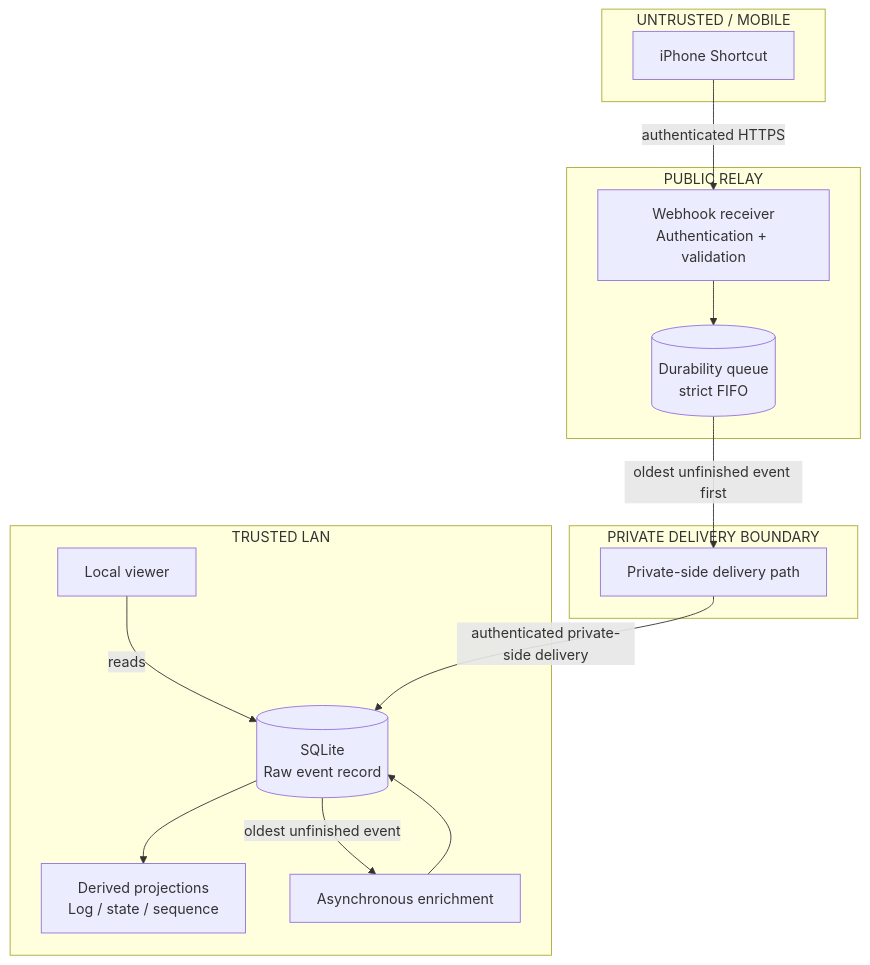
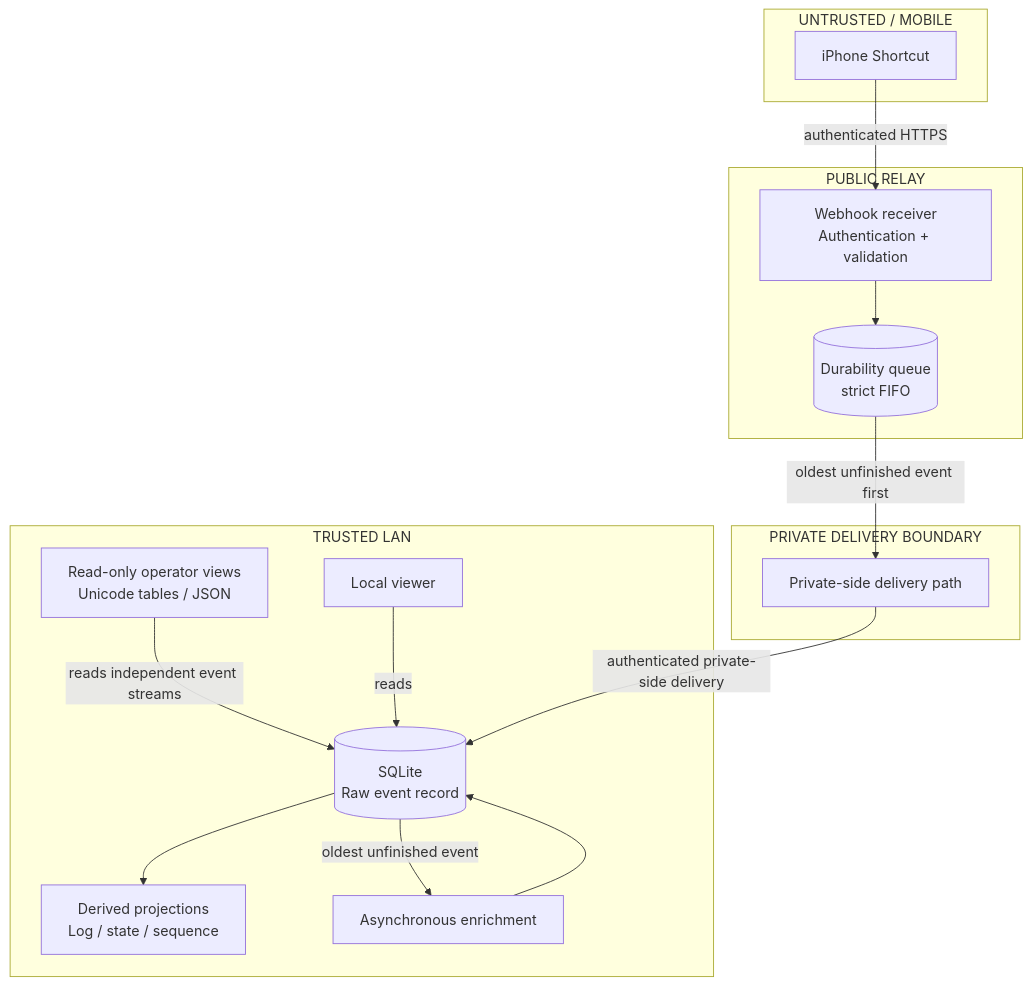
One commit to broeneatsdinner/presence-relay changed the diagram in README.md. Above: the diagram before and after it, drawn with Mermaid. The commit also changed other lines of this file and 16 other files, not shown here.

Commit message:
Document doorway correlation operator views

````diff
--- a/README.md
+++ b/README.md
@@ -69,33 +74,35 @@
 ```mermaid
 flowchart TB
 	subgraph mobile["UNTRUSTED / MOBILE"]
 		shortcut["iPhone Shortcut"]
 	end
 
 	subgraph relay["PUBLIC RELAY"]
 		intake["Webhook receiver<br/>Authentication + validation"]
 		queue[("Durability queue<br/>strict FIFO")]
 
 		intake --> queue
 	end
 
 	subgraph boundary["PRIVATE DELIVERY BOUNDARY"]
 		delivery["Private-side delivery path"]
 	end
 
 	subgraph lan["TRUSTED LAN"]
 		db[("SQLite<br/>Raw event record")]
 		projections["Derived projections<br/>Log / state / sequence"]
 		enrichment["Asynchronous enrichment"]
+		operator["Read-only operator views<br/>Unicode tables / JSON"]
 		viewer["Local viewer"]
 
 		db --> projections
 		db -->|"oldest unfinished event"| enrichment
 		enrichment --> db
+		operator -->|"reads independent event streams"| db
 		viewer -->|"reads"| db
 	end
 
 	shortcut -->|"authenticated HTTPS"| intake
 	queue -->|"oldest unfinished event first"| delivery
 	delivery -->|"authenticated private-side delivery"| db
 ```
````
